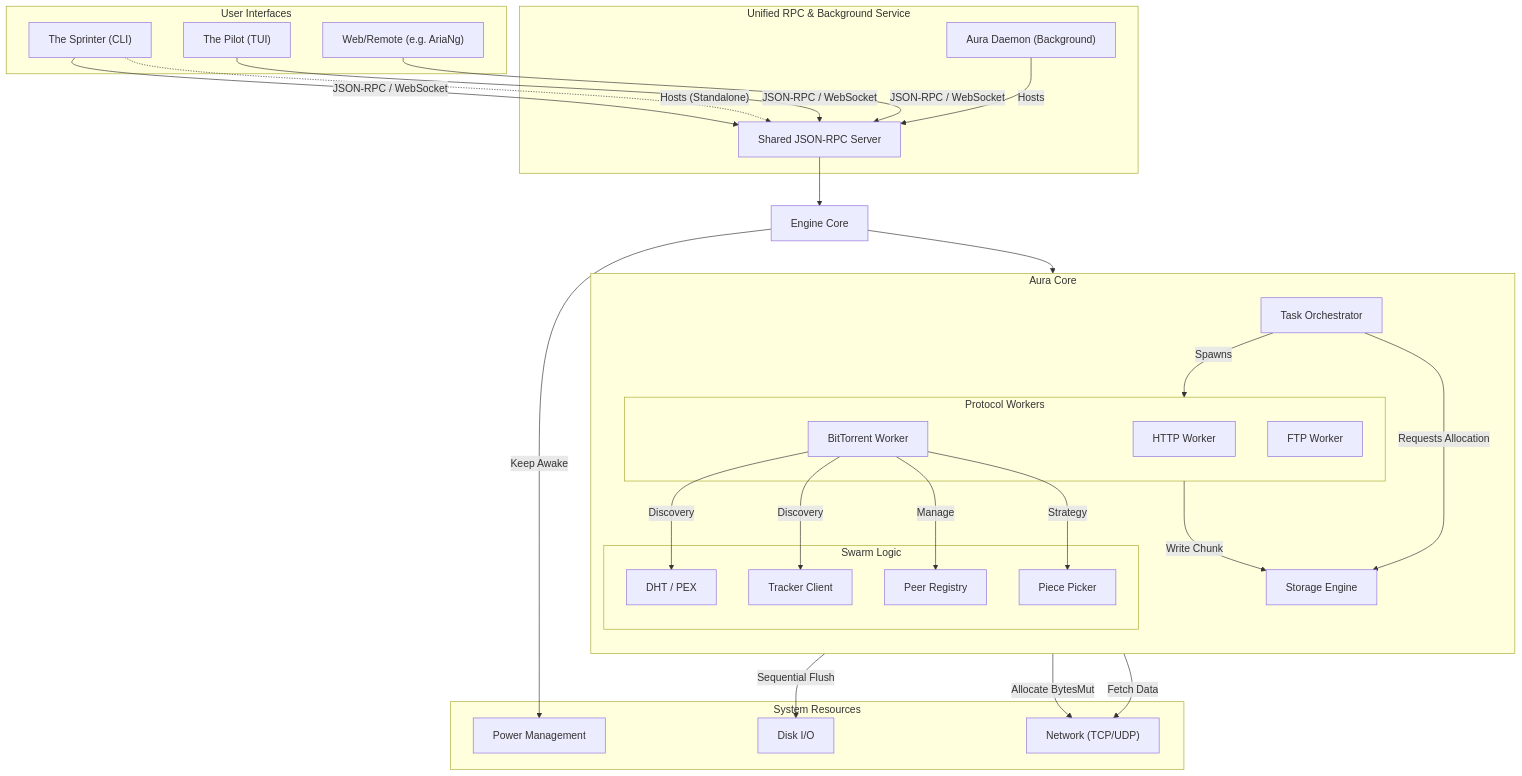
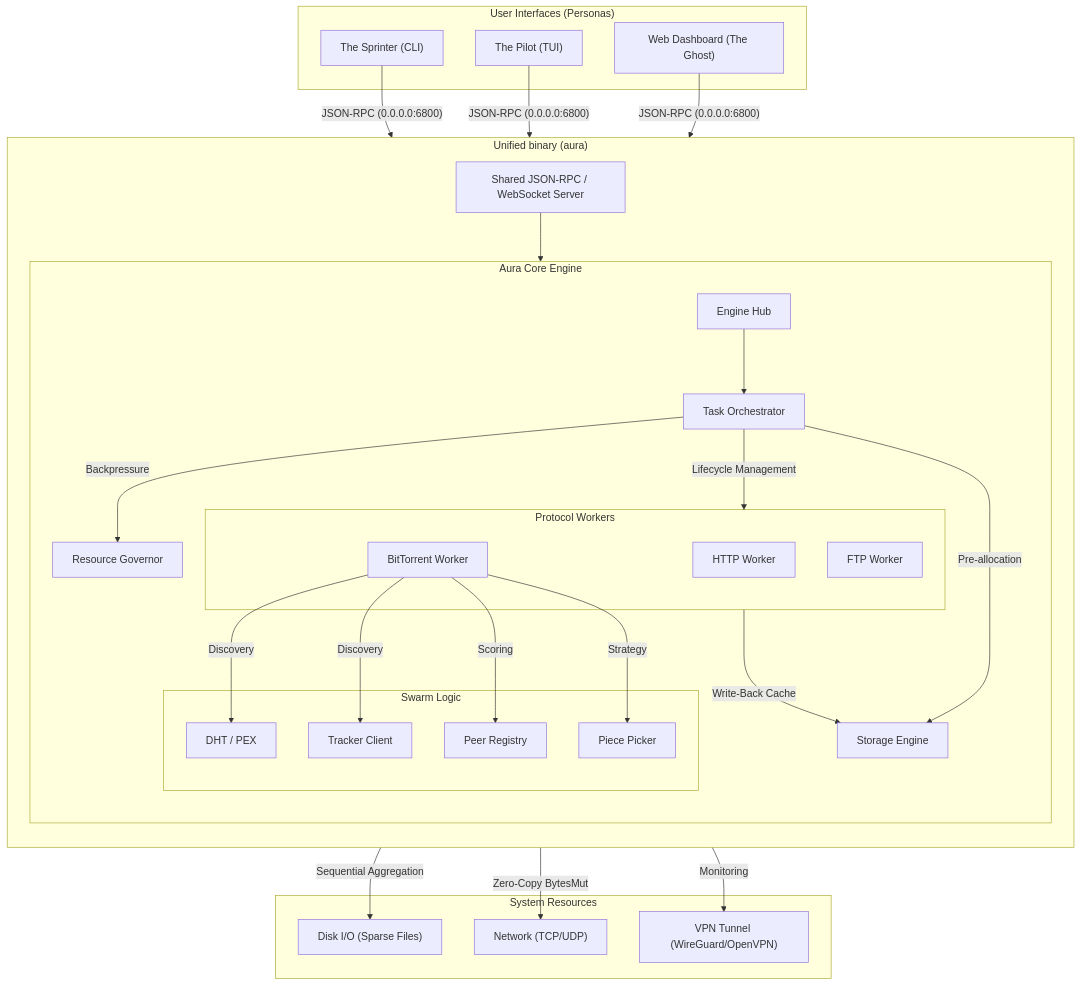
Before and after one commit to ronmkr/aura: the first of 2 diagrams in aura-docs/project/ARCHITECTURE.md, drawn with Mermaid. The commit also changed other lines of this file and 49 other files, not shown here.

````diff
--- a/aura-docs/project/ARCHITECTURE.md
+++ b/aura-docs/project/ARCHITECTURE.md
@@ -9,60 +5,49 @@
 ```mermaid
 flowchart TD
-    subgraph Clients ["User Interfaces"]
+    subgraph Clients ["User Interfaces (Personas)"]
         CLI["The Sprinter (CLI)"]
         TUI["The Pilot (TUI)"]
-        Web["Web/Remote (e.g. AriaNg)"]
+        Web["Web Dashboard (The Ghost)"]
     end
-
-    subgraph Unified_RPC ["Unified RPC & Background Service"]
-        Daemon["Aura Daemon (Background)"]
-        RPC["Shared JSON-RPC Server"]
-    end
-
-    subgraph Core ["Aura Core"]
+    subgraph Unified_Binary ["Unified binary (aura)"]
         direction TB
-        Orchestrator["Task Orchestrator"]
-        Storage["Storage Engine"]
-        
-        subgraph Workers ["Protocol Workers"]
-            HTTP["HTTP Worker"]
-            BT["BitTorrent Worker"]
-            FTP["FTP Worker"]
-        end
-
-        subgraph BT_Logic ["Swarm Logic"]
-            DHT["DHT / PEX"]
-            Tracker["Tracker Client"]
-            PeerReg["Peer Registry"]
-            Picker["Piece Picker"]
+        RPC["Shared JSON-RPC / WebSocket Server"]
+        subgraph Core ["Aura Core Engine"]
+            direction TB
+            Engine["Engine Hub"]
+            Orchestrator["Task Orchestrator"]
+            Storage["Storage Engine"]
+            Governor["Resource Governor"]
+            subgraph Workers ["Protocol Workers"]
+                HTTP["HTTP Worker"]
+                BT["BitTorrent Worker"]
+                FTP["FTP Worker"]
+            end
+            subgraph BT_Logic ["Swarm Logic"]
+                DHT["DHT / PEX"]
+                Tracker["Tracker Client"]
+                PeerReg["Peer Registry"]
+                Picker["Piece Picker"]
+            end
         end
     end
-
     subgraph Hardware ["System Resources"]
-        Disk["Disk I/O"]
+        Disk["Disk I/O (Sparse Files)"]
         Network["Network (TCP/UDP)"]
-        Power["Power Management"]
+        VPN["VPN Tunnel (WireGuard/OpenVPN)"]
     end
-
     %% Interactions
-    CLI & TUI & Web -- "JSON-RPC / WebSocket" --> RPC
-    Daemon -- "Hosts" --> RPC
-    CLI -. "Hosts (Standalone)" .-> RPC
-    RPC --> Engine["Engine Core"]
+    CLI & TUI & Web -- "JSON-RPC (0.0.0.0:6800)" --> RPC
+    RPC --> Engine
     Engine --> Orchestrator
-    
-    Orchestrator -- "Spawns" --> Workers
-    Orchestrator -- "Requests Allocation" --> Storage
-    
-    Workers -- "Allocate BytesMut" --> Network
-    Workers -- "Fetch Data" --> Network
-    Workers -- "Write Chunk" --> Storage
-    
-    Storage -- "Sequential Flush" --> Disk
-    
+    Orchestrator -- "Lifecycle Management" --> Workers
+    Orchestrator -- "Pre-allocation" --> Storage
+    Orchestrator -- "Backpressure" --> Governor
+    Workers -- "Zero-Copy BytesMut" --> Network
+    Workers -- "Write-Back Cache" --> Storage
+    Storage -- "Sequential Aggregation" --> Disk
     BT -- "Discovery" --> DHT & Tracker
-    BT -- "Manage" --> PeerReg
+    BT -- "Scoring" --> PeerReg
     BT -- "Strategy" --> Picker
-    
-    Engine -- "Keep Awake" --> Power
+    Engine -- "Monitoring" --> VPN
 ```
````
